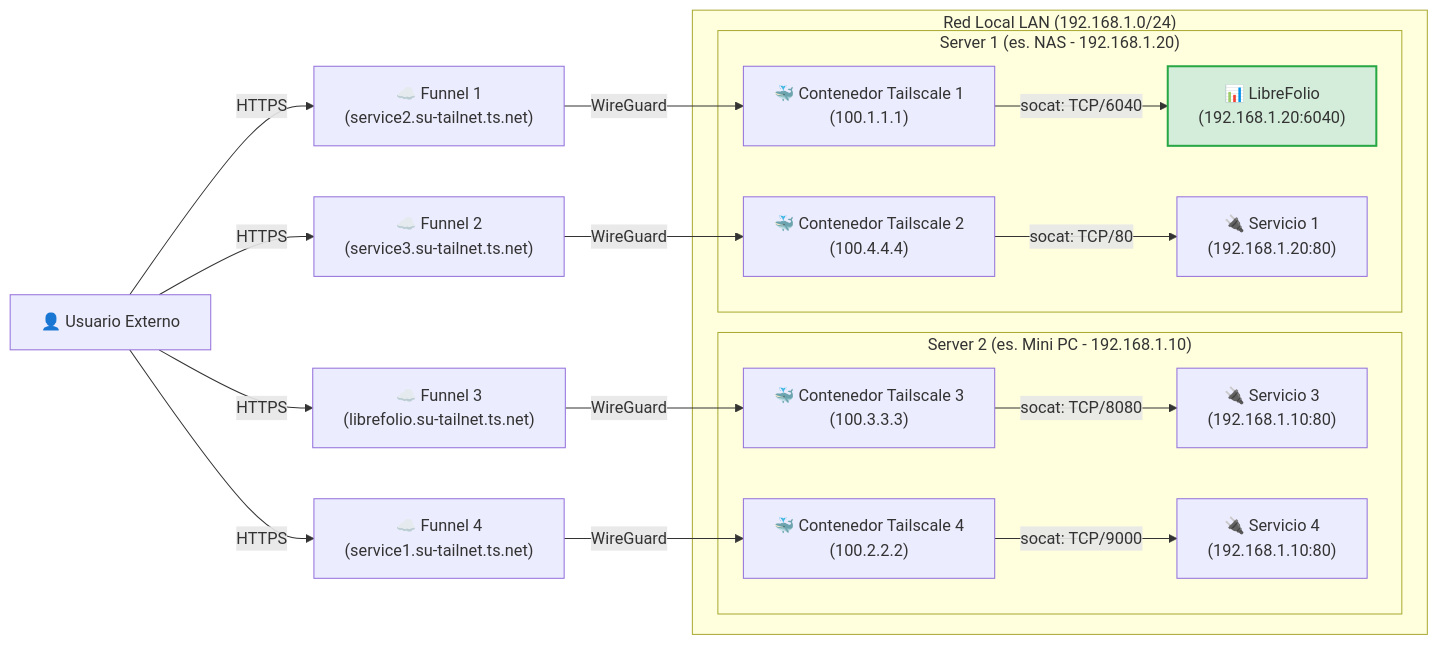
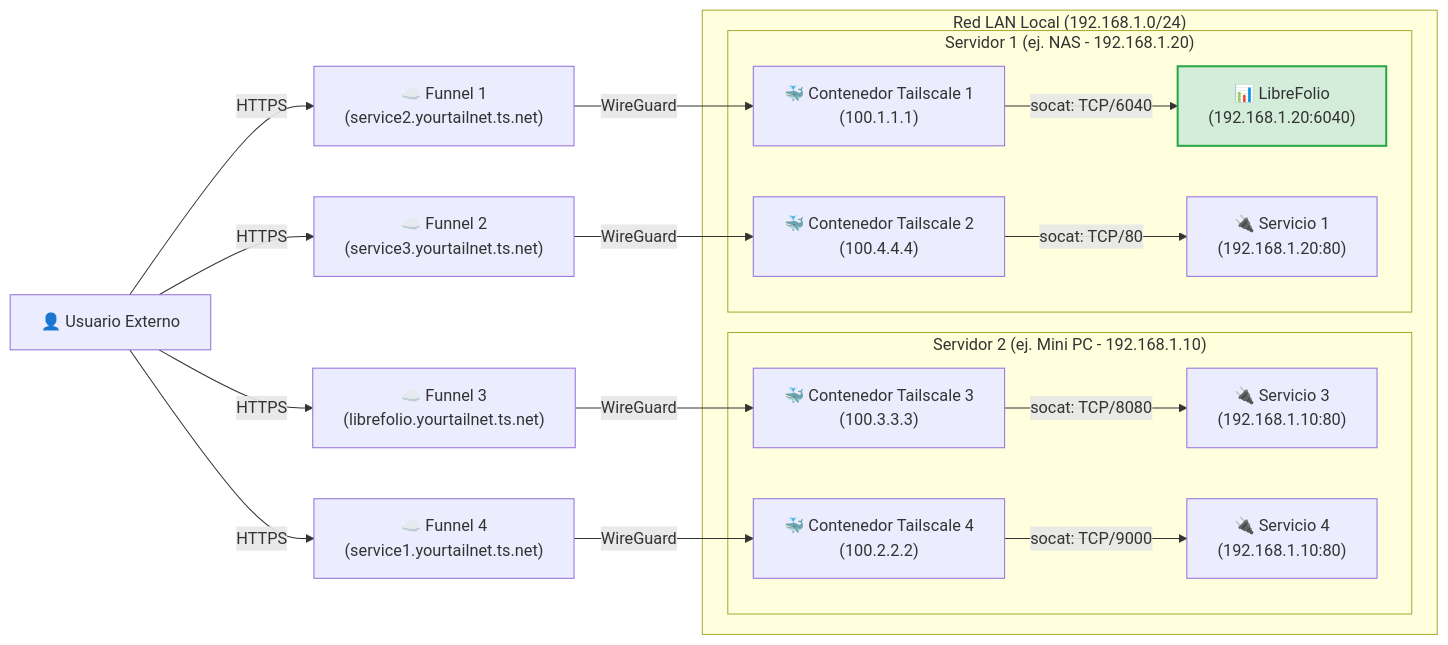
One commit to Librefolio/LibreFolio changed the fifth of 5 diagrams in mkdocs_src/docs/admin/tailscale_exposure.es.md. Above: the diagram before and after it, drawn with Mermaid. The commit also changed other lines of this file and 13 other files, not shown here.

````diff
--- a/mkdocs_src/docs/admin/tailscale_exposure.es.md
+++ b/mkdocs_src/docs/admin/tailscale_exposure.es.md
@@ -376,24 +376,24 @@
 ```mermaid
 graph LR
-    User["👤 Usuario Externo"] -->|HTTPS| Funnel1["☁️ Funnel 1<br>(service2.su-tailnet.ts.net)"]
-    User -->|HTTPS| Funnel2["☁️ Funnel 2<br>(service3.su-tailnet.ts.net)"]
-    User -->|HTTPS| Funnel3["☁️ Funnel 3<br>(librefolio.su-tailnet.ts.net)"]
-    User -->|HTTPS| Funnel4["☁️ Funnel 4<br>(service1.su-tailnet.ts.net)"]
-    
-    Funnel1 -->|WireGuard| TSC1["🐳 Contenedor Tailscale 1<br>(100.1.1.1)"]
-    Funnel2 -->|WireGuard| TSC2["🐳 Contenedor Tailscale 2<br>(100.4.4.4)"]
-    Funnel3 -->|WireGuard| TSC3["🐳 Contenedor Tailscale 3<br>(100.3.3.3)"]
-    Funnel4 -->|WireGuard| TSC4["🐳 Contenedor Tailscale 4<br>(100.2.2.2)"]
-    
-    subgraph LAN ["Red Local LAN (192.168.1.0/24)"]
-        subgraph Host2 ["Server 2 (es. Mini PC - 192.168.1.10)"]
-            TSC3 -->|socat: TCP/8080| Servizio3["🔌 Servicio 3<br>(192.168.1.10:80)"]
-            TSC4 -->|socat: TCP/9000| Servizio4["🔌 Servicio 4<br>(192.168.1.10:80)"]
-        end
-        subgraph Host1 ["Server 1 (es. NAS - 192.168.1.20)"]
-            TSC1 -->|socat: TCP/6040| LibreFolio["📊 LibreFolio<br>(192.168.1.20:6040)"]
-            TSC2 -->|socat: TCP/80| Servizio1["🔌 Servicio 1<br>(192.168.1.20:80)"]
-        end
-    end
-    style LibreFolio fill:#d4edda,stroke:#28a745,stroke-width:2px;
+ User["👤 Usuario Externo"] -->|HTTPS| Funnel1["☁️ Funnel 1<br>(service2.yourtailnet.ts.net)"]
+ User -->|HTTPS| Funnel2["☁️ Funnel 2<br>(service3.yourtailnet.ts.net)"]
+ User -->|HTTPS| Funnel3["☁️ Funnel 3<br>(librefolio.yourtailnet.ts.net)"]
+ User -->|HTTPS| Funnel4["☁️ Funnel 4<br>(service1.yourtailnet.ts.net)"]
+ 
+ Funnel1 -->|WireGuard| TSC1["🐳 Contenedor Tailscale 1<br>(100.1.1.1)"]
+ Funnel2 -->|WireGuard| TSC2["🐳 Contenedor Tailscale 2<br>(100.4.4.4)"]
+ Funnel3 -->|WireGuard| TSC3["🐳 Contenedor Tailscale 3<br>(100.3.3.3)"]
+ Funnel4 -->|WireGuard| TSC4["🐳 Contenedor Tailscale 4<br>(100.2.2.2)"]
+ 
+ subgraph LAN ["Red LAN Local (192.168.1.0/24)"]
+ subgraph Host2 ["Servidor 2 (ej. Mini PC - 192.168.1.10)"]
+ TSC3 -->|socat: TCP/8080| Service3["🔌 Servicio 3<br>(192.168.1.10:80)"]
+ TSC4 -->|socat: TCP/9000| Service4["🔌 Servicio 4<br>(192.168.1.10:80)"]
+ end
+ subgraph Host1 ["Servidor 1 (ej. NAS - 192.168.1.20)"]
+ TSC1 -->|socat: TCP/6040| LibreFolio["📊 LibreFolio<br>(192.168.1.20:6040)"]
+ TSC2 -->|socat: TCP/80| Service1["🔌 Servicio 1<br>(192.168.1.20:80)"]
+ end
+ end
+ style LibreFolio fill:#d4edda,stroke:#28a745,stroke-width:2px;
 ```
````
